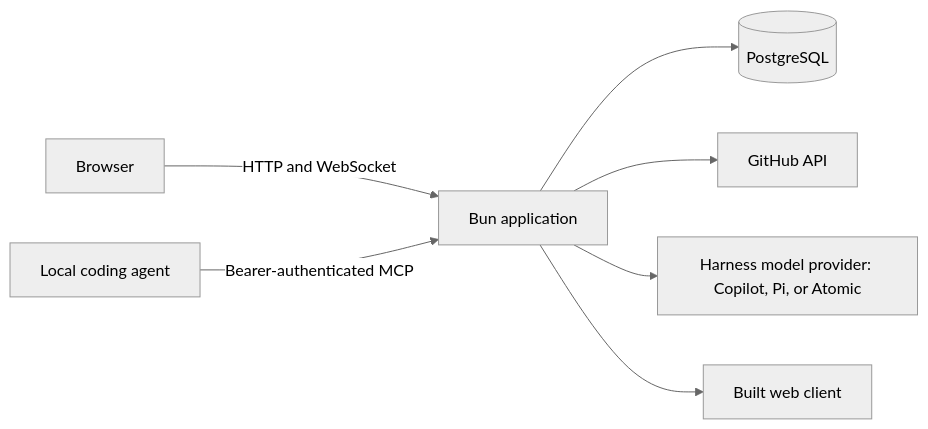
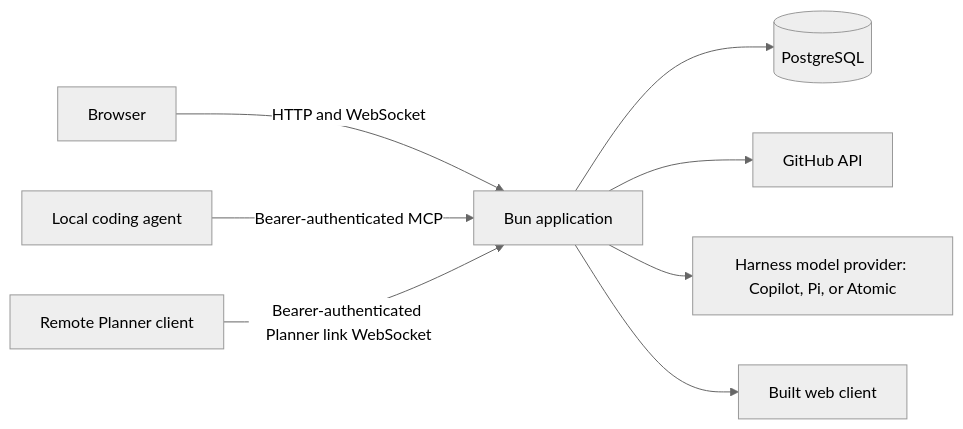
One commit to githubnext/chopin changed the first of 3 diagrams in docs/architecture.md. Above: the diagram before and after it, drawn with Mermaid (neutral theme). The commit also changed other lines of this file and 14 other files, not shown here.

First line of the commit message:
Close the Planner link review gaps in access, host calls and answers

````diff
--- a/docs/architecture.md
+++ b/docs/architecture.md
@@ -51,9 +54,10 @@
 ```mermaid
 flowchart LR
 	B[Browser] -->|HTTP and WebSocket| S[Bun application]
 	C[Local coding agent] -->|Bearer-authenticated MCP| S
+	R[Remote Planner client] -->|Bearer-authenticated Planner link WebSocket| S
 	S --> P[(PostgreSQL)]
 	S --> G[GitHub API]
 	S --> A[Harness model provider: Copilot, Pi, or Atomic]
 	S --> W[Built web client]
 ```
````
